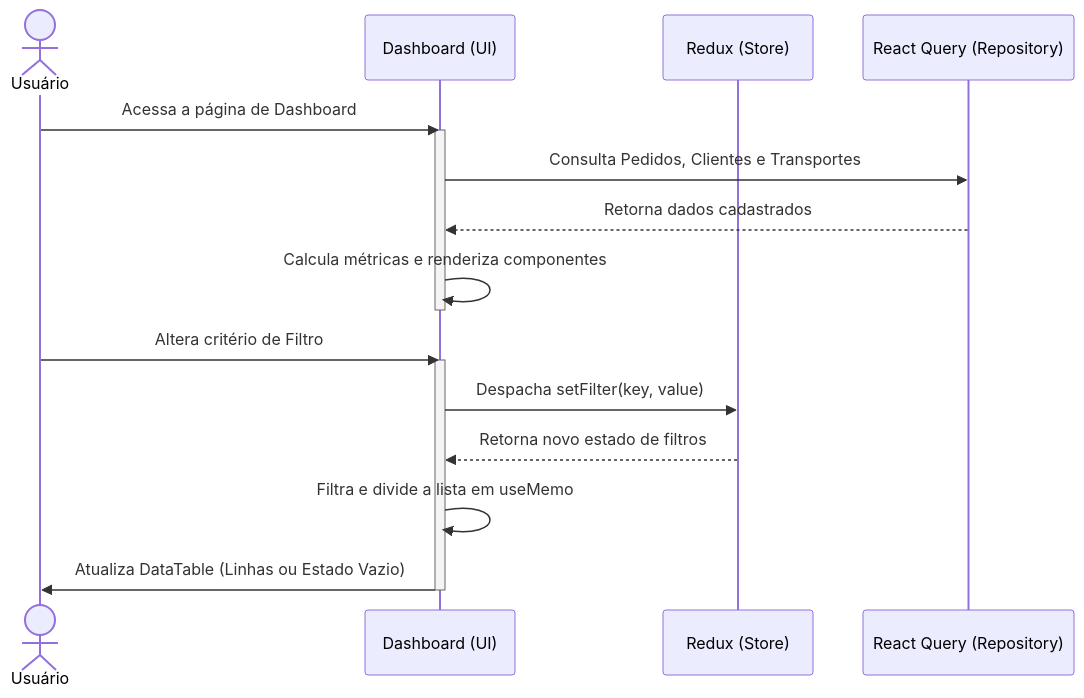
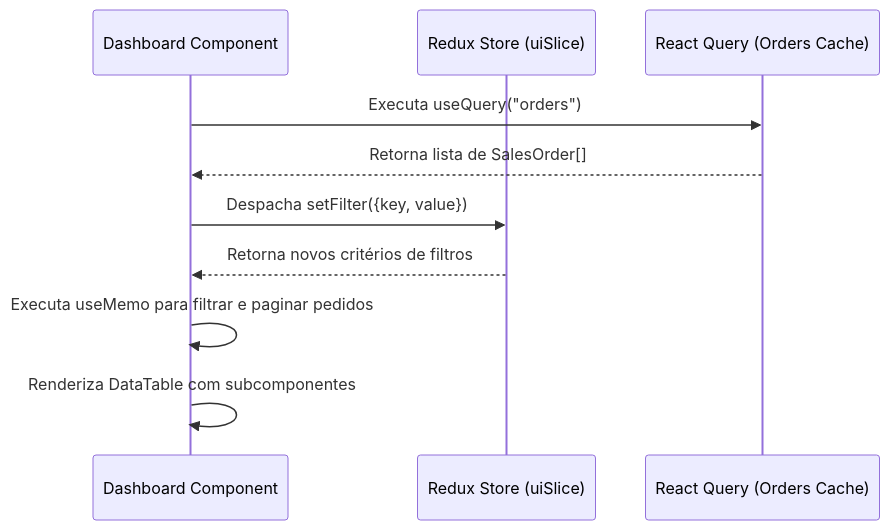
Before and after one commit to EdDevFront/sales-order-management-system: the second of 2 diagrams in docs/dashboard/README.md, drawn with Mermaid. The commit also changed other lines of this file and 5 other files, not shown here.

Commit message:
docs: add technical and non-technical sequence diagrams for all pages

````diff
--- a/docs/dashboard/README.md
+++ b/docs/dashboard/README.md
@@ -12,22 +28,13 @@
 ```mermaid
 sequenceDiagram
-    actor Usuario as Usuário
-    participant UI as Dashboard (UI)
-    participant Store as Redux (Store)
-    participant Repo as React Query (Repository)
+    participant UI as Dashboard Component
+    participant Store as Redux Store (uiSlice)
+    participant Cache as React Query (Orders Cache)
 
-    Usuario->>UI: Acessa a página de Dashboard
-    activate UI
-    UI->>Repo: Consulta Pedidos, Clientes e Transportes
-    Repo-->>UI: Retorna dados cadastrados
-    UI->>UI: Calcula métricas e renderiza componentes
-    deactivate UI
-
-    Usuario->>UI: Altera critério de Filtro
-    activate UI
-    UI->>Store: Despacha setFilter(key, value)
-    Store-->>UI: Retorna novo estado de filtros
-    UI->>UI: Filtra e divide a lista em useMemo
-    UI->>Usuario: Atualiza DataTable (Linhas ou Estado Vazio)
-    deactivate UI
+    UI->>Cache: Executa useQuery("orders")
+    Cache-->>UI: Retorna lista de SalesOrder[]
+    UI->>Store: Despacha setFilter({key, value})
+    Store-->>UI: Retorna novos critérios de filtros
+    UI->>UI: Executa useMemo para filtrar e paginar pedidos
+    UI->>UI: Renderiza DataTable com subcomponentes
 ```
````
